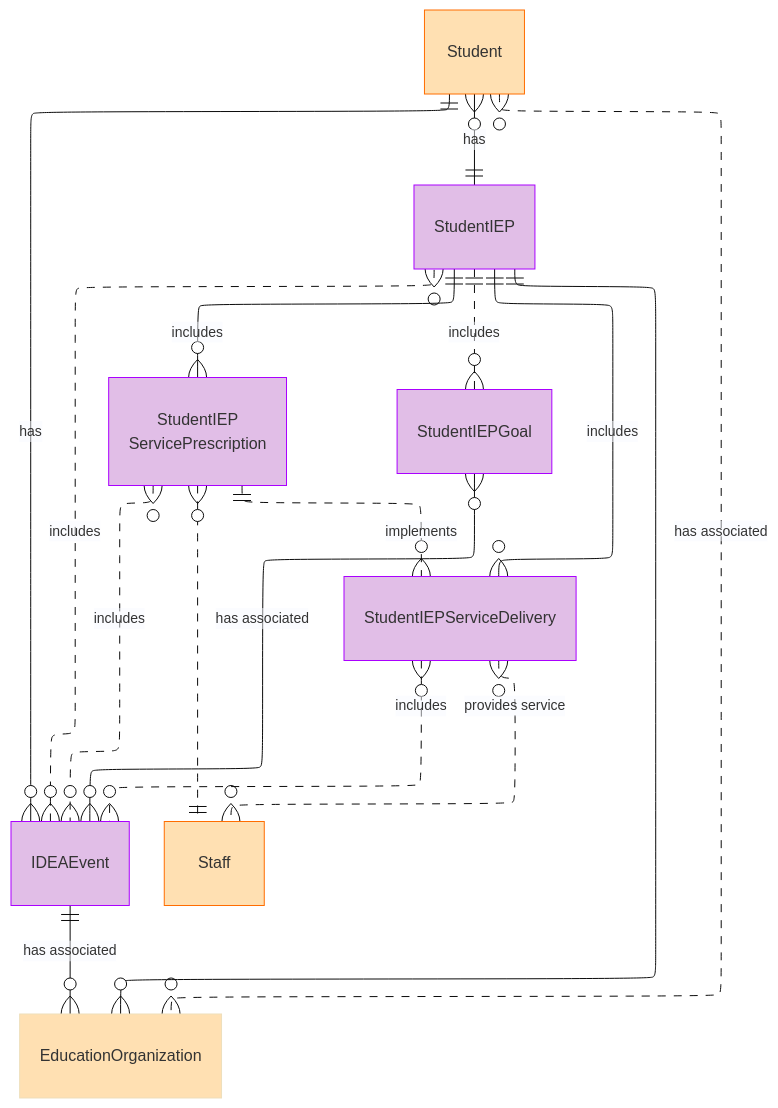
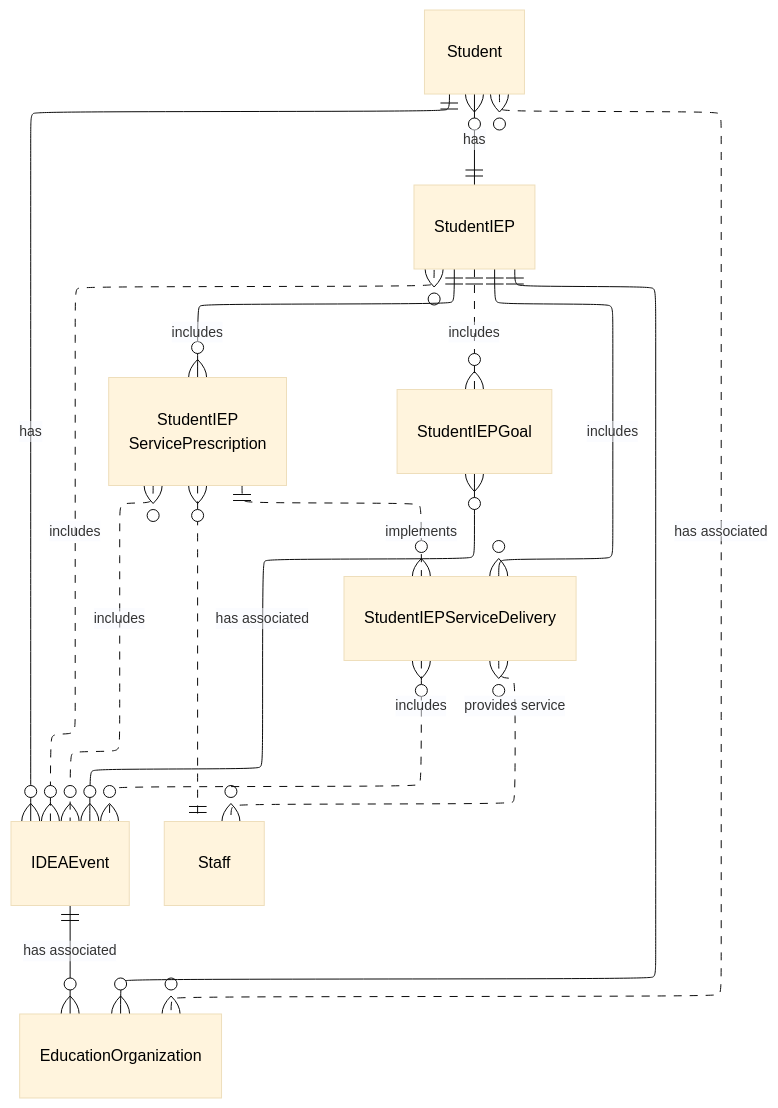
Before and after one commit to Ed-Fi-Alliance-OSS/ed-fi-alliance-oss.github.io: the diagram in dataStandard_versioned_docs/version-6/model-reference/special-education-data-model-domain/model-diagrams.md, drawn with Mermaid (base theme).

Commit message:
DATASTD-2567
Updating Styling for Dark Mode

````diff
--- a/dataStandard_versioned_docs/version-6/model-reference/special-education-data-model-domain/model-diagrams.md
+++ b/dataStandard_versioned_docs/version-6/model-reference/special-education-data-model-domain/model-diagrams.md
@@ -16,67 +16,65 @@
 ```mermaid
 ---
 
 config:
   layout: elk
 ---
 
 erDiagram
  direction TB
  StudentIEP {
 
  }
 
  IDEAEvent {
 
  }
 
  EducationOrganization {
 
  }
 
  StudentIEPServicePrescription["StudentIEP<br/>ServicePrescription"] {
 
  }
 
  StudentIEPServiceDelivery {
 
  }
 
  Student {
 
  }
 
  Staff {
 
  }
 
  StudentIEPGoal {
 
  }
 
  Student}o..o{EducationOrganization:"has associated"
  Student}o--||StudentIEP:"has"
  Student||--o{IDEAEvent:"has"
  IDEAEvent||--o{EducationOrganization:"has associated"
  IDEAEvent}o..o{StudentIEP:"includes"
  StudentIEPGoal}o--o{IDEAEvent:"has associated"
  StudentIEP||--o{EducationOrganization:"  "
  StudentIEP||--o{StudentIEPServicePrescription:"includes"
  StudentIEP||--o{StudentIEPServiceDelivery:"includes"
  StudentIEP||..o{StudentIEPGoal:"includes"
  StudentIEPServicePrescription||..o{StudentIEPServiceDelivery:"implements"
  StudentIEPServiceDelivery}o..o{Staff:"provides service"
  StudentIEPServiceDelivery}o..o{IDEAEvent:"includes"
  StudentIEPServicePrescription}o..||Staff:"  "
  StudentIEPServicePrescription}o..o{IDEAEvent:"includes"
-
- style StudentIEP fill:#E1BEE7,stroke:#AA00FF
- style IDEAEvent fill:#E1BEE7,stroke:#AA00FF
- style EducationOrganization fill:#FFE0B2
- style StudentIEPServicePrescription fill:#E1BEE7,stroke:#AA00FF
- style StudentIEPServiceDelivery fill:#E1BEE7,stroke:#AA00FF
- style Student fill:#FFE0B2,stroke:#FF6D00
- style Staff fill:#FFE0B2,stroke:#FF6D00
- style StudentIEPGoal fill:#E1BEE7,stroke:#AA00FF
-
+ style StudentIEP color:#000000
+ style IDEAEvent color:#000000
+ style EducationOrganization color:#000000
+ style StudentIEPServicePrescription color:#000000
+ style StudentIEPServiceDelivery color:#000000
+ style Student color:#000000
+ style Staff color:#000000
+ style StudentIEPGoal color:#000000
 ```
````
